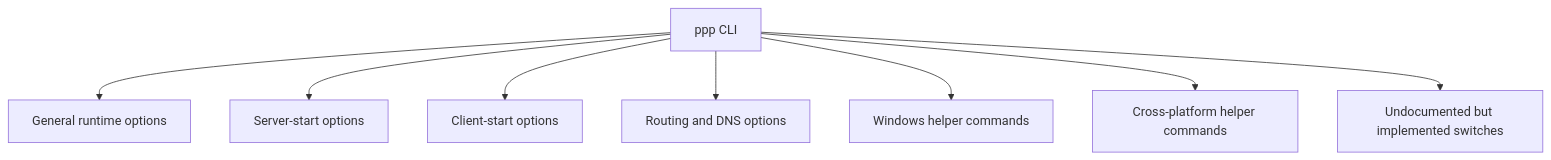
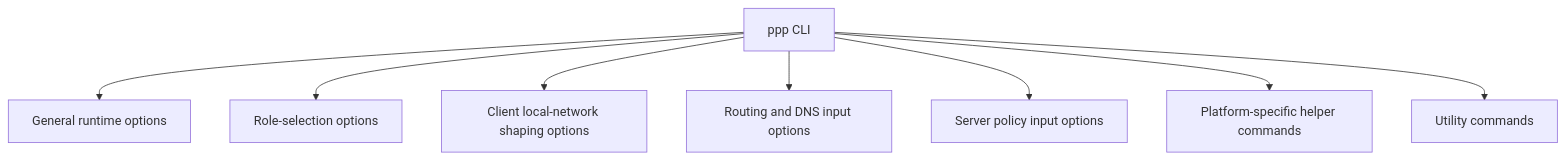
Before and after one commit to HyacinthHaru/openppp2: the first of 2 diagrams in docs/CLI_REFERENCE.md, drawn with Mermaid. The commit also changed other lines of this file and 15 other files, not shown here.

````diff
--- a/docs/CLI_REFERENCE.md
+++ b/docs/CLI_REFERENCE.md
@@ -88,10 +55,10 @@
 ```mermaid
 flowchart TD
     A[ppp CLI] --> B[General runtime options]
-    A --> C[Server-start options]
-    A --> D[Client-start options]
-    A --> E[Routing and DNS options]
-    A --> F[Windows helper commands]
-    A --> G[Cross-platform helper commands]
-    A --> H[Undocumented but implemented switches]
+    A --> C[Role-selection options]
+    A --> D[Client local-network shaping options]
+    A --> E[Routing and DNS input options]
+    A --> F[Server policy input options]
+    A --> G[Platform-specific helper commands]
+    A --> H[Utility commands]
 ```
````
